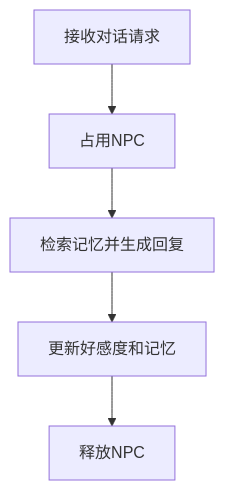
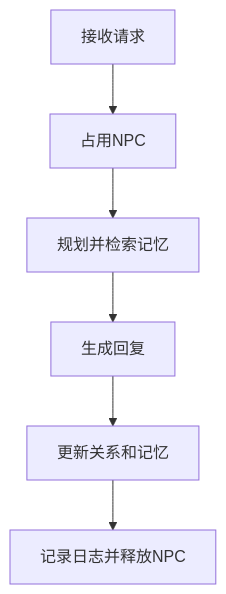
The second of 5 diagrams in md/项目架构说明.md (shark-max-ops/15_cyber-town-from-scratch), drawn with Mermaid before and after one commit. The commit also changed other lines of this file and 14 other files, not shown here.

````diff
--- a/md/项目架构说明.md
+++ b/md/项目架构说明.md
@@ -91,13 +69,8 @@
 ```mermaid
 flowchart TD
-    Request["接收对话请求"]
-    Occupy["占用NPC"]
-    Reply["检索记忆并生成回复"]
-    Update["更新好感度和记忆"]
-    Release["释放NPC"]
-
-    Request --> Occupy
-    Occupy --> Reply
-    Reply --> Update
-    Update --> Release
+    A["接收请求"] --> B["占用NPC"]
+    B --> C["规划并检索记忆"]
+    C --> D["生成回复"]
+    D --> E["更新关系和记忆"]
+    E --> F["记录日志并释放NPC"]
 ```
````
